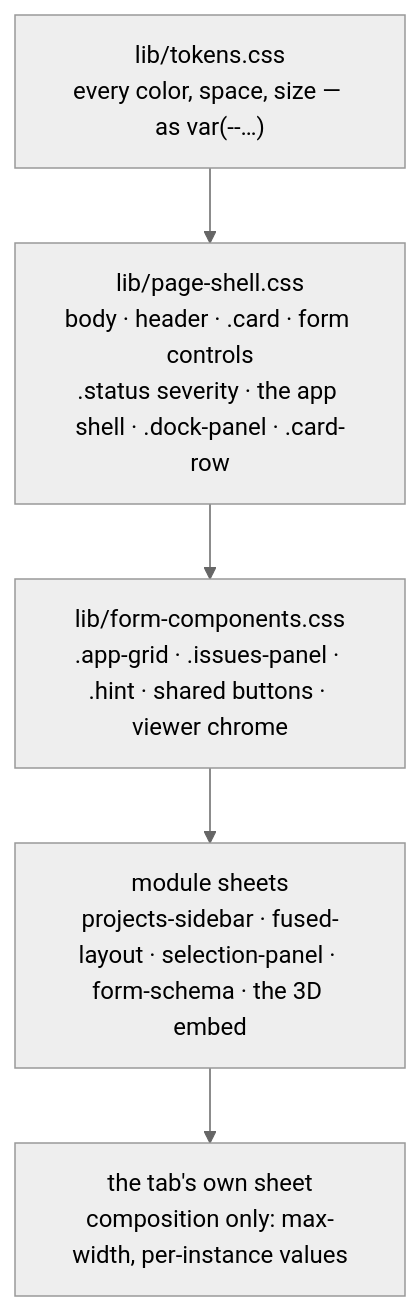
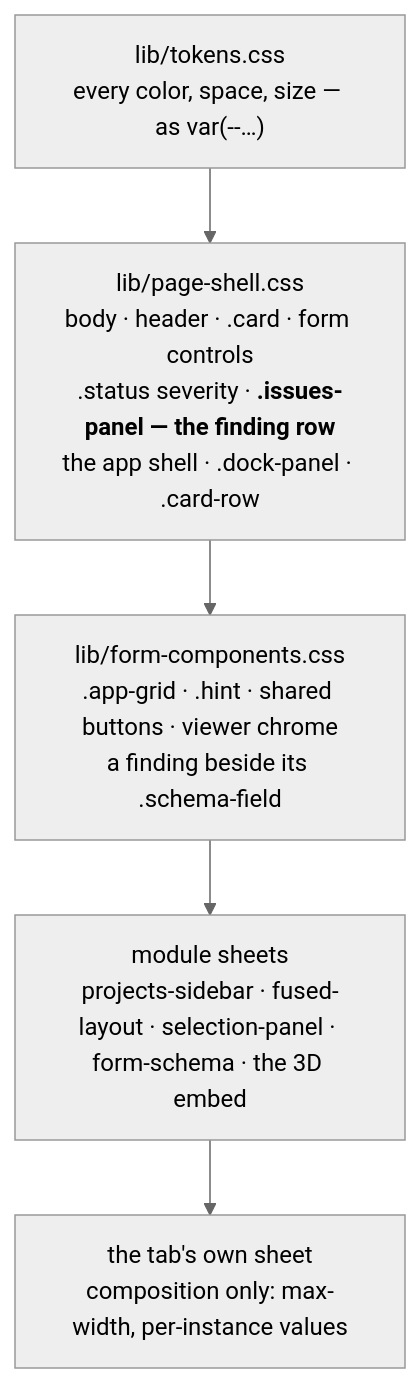
The diagram in docs/web/ui-contract.md (Qing-LAB/molbuilder), drawn with Mermaid (neutral theme) before and after one commit. The commit also changed other lines of this file and 19 other files, not shown here.

````diff
--- a/docs/web/ui-contract.md
+++ b/docs/web/ui-contract.md
@@ -21,9 +21,9 @@
 ```mermaid
 flowchart TD
   T["lib/tokens.css<br/>every color, space, size — as var(--…)"]
-  PS["lib/page-shell.css<br/>body · header · .card · form controls<br/>.status severity · the app shell · .dock-panel · .card-row"]
-  FC["lib/form-components.css<br/>.app-grid · .issues-panel · .hint · shared buttons · viewer chrome"]
+  PS["lib/page-shell.css<br/>body · header · .card · form controls<br/>.status severity · <b>.issues-panel — the finding row</b><br/>the app shell · .dock-panel · .card-row"]
+  FC["lib/form-components.css<br/>.app-grid · .hint · shared buttons · viewer chrome<br/>a finding beside its .schema-field"]
   M["module sheets<br/>projects-sidebar · fused-layout · selection-panel · form-schema · the 3D embed"]
   P["the tab's own sheet<br/>composition only: max-width, per-instance values"]
   T --> PS --> FC --> M --> P
 ```
````
